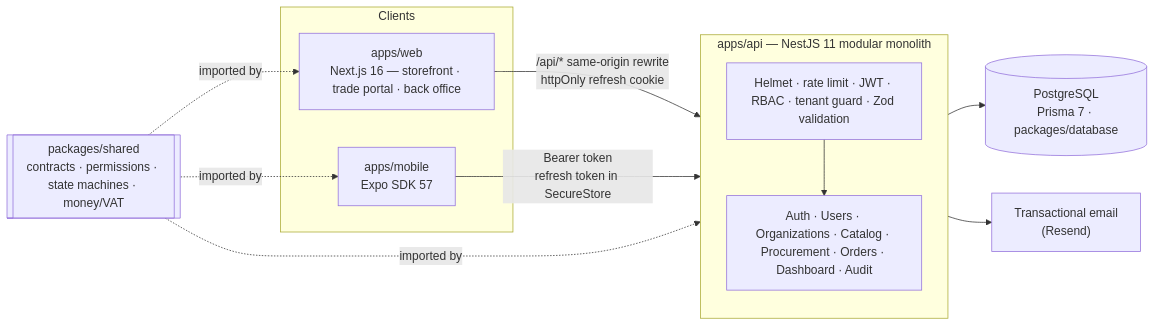
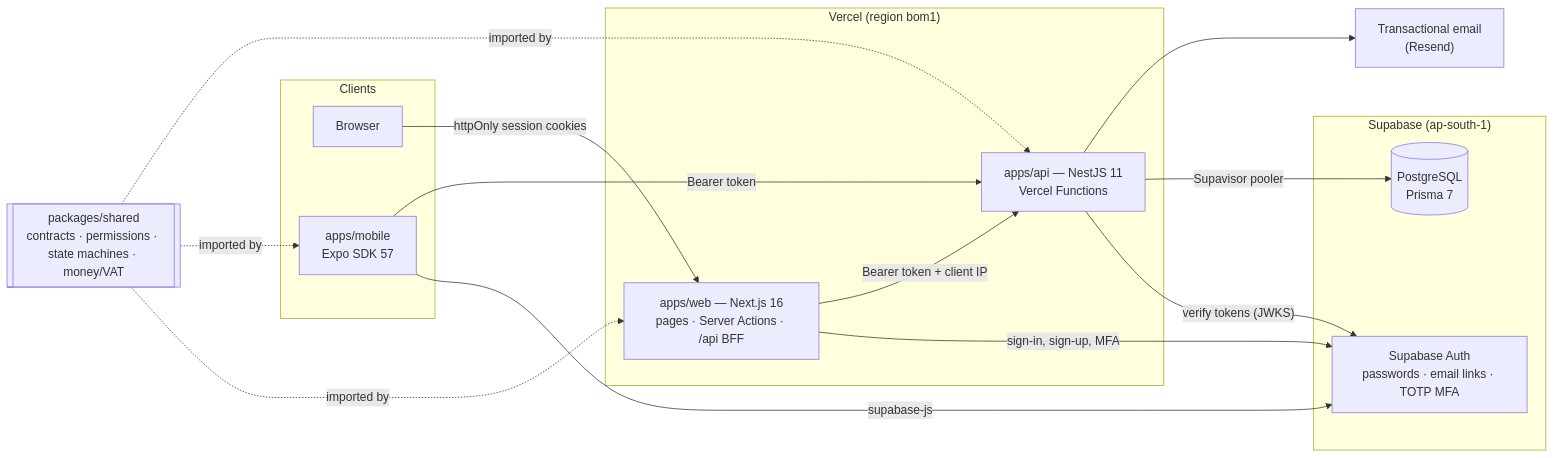
One commit to fasharif/topflow changed the diagram in README.md. Above: the diagram before and after it, drawn with Mermaid. The commit also changed other lines of this file and 4 other files, not shown here.

````diff
--- a/README.md
+++ b/README.md
@@ -27,24 +33,29 @@
 ```mermaid
 flowchart LR
   subgraph Clients
-    WEB["apps/web<br/>Next.js 16 — storefront · trade portal · back office"]
+    BROWSER["Browser"]
     MOB["apps/mobile<br/>Expo SDK 57"]
   end
-  subgraph API["apps/api — NestJS 11 modular monolith"]
-    direction TB
-    GUARDS["Helmet · rate limit · JWT · RBAC · tenant guard · Zod validation"]
-    MODULES["Auth · Users · Organizations · Catalog · Procurement · Orders · Dashboard · Audit"]
-    GUARDS --> MODULES
+  subgraph Vercel["Vercel (region bom1)"]
+    WEB["apps/web — Next.js 16<br/>pages · Server Actions · /api BFF"]
+    API["apps/api — NestJS 11<br/>Vercel Functions"]
+  end
+  subgraph Supabase["Supabase (ap-south-1)"]
+    AUTH["Supabase Auth<br/>passwords · email links · TOTP MFA"]
+    DB[("PostgreSQL<br/>Prisma 7")]
   end
   SHARED[["packages/shared<br/>contracts · permissions · state machines · money/VAT"]]
-  DB[("PostgreSQL<br/>Prisma 7 · packages/database")]
   MAIL["Transactional email<br/>(Resend)"]
 
-  WEB -- "/api/* same-origin rewrite<br/>httpOnly refresh cookie" --> API
-  MOB -- "Bearer token<br/>refresh token in SecureStore" --> API
-  MODULES --> DB
-  MODULES --> MAIL
+  BROWSER -- "httpOnly session cookies" --> WEB
+  WEB -- "sign-in, sign-up, MFA" --> AUTH
+  WEB -- "Bearer token + client IP" --> API
+  MOB -- "supabase-js" --> AUTH
+  MOB -- "Bearer token" --> API
+  API -- "verify tokens (JWKS)" --> AUTH
+  API -- "Supavisor pooler" --> DB
+  API --> MAIL
   SHARED -. imported by .-> WEB
   SHARED -. imported by .-> MOB
   SHARED -. imported by .-> API
 ```
````
